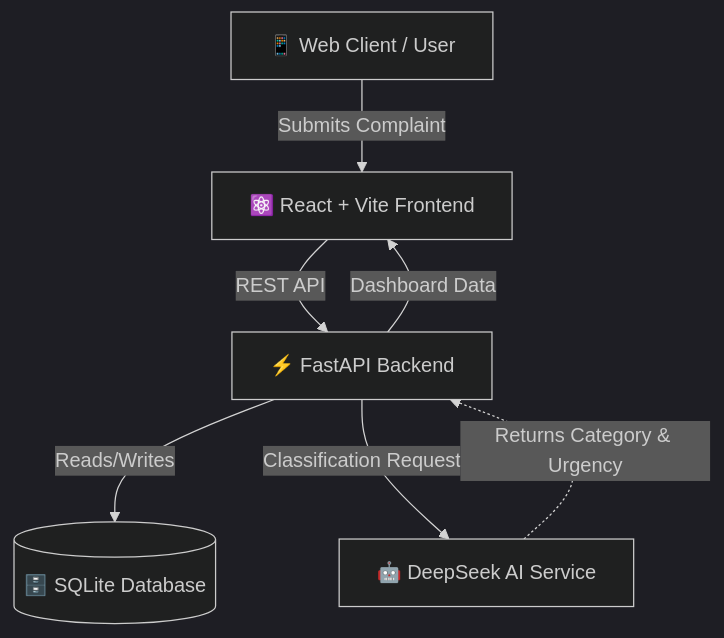
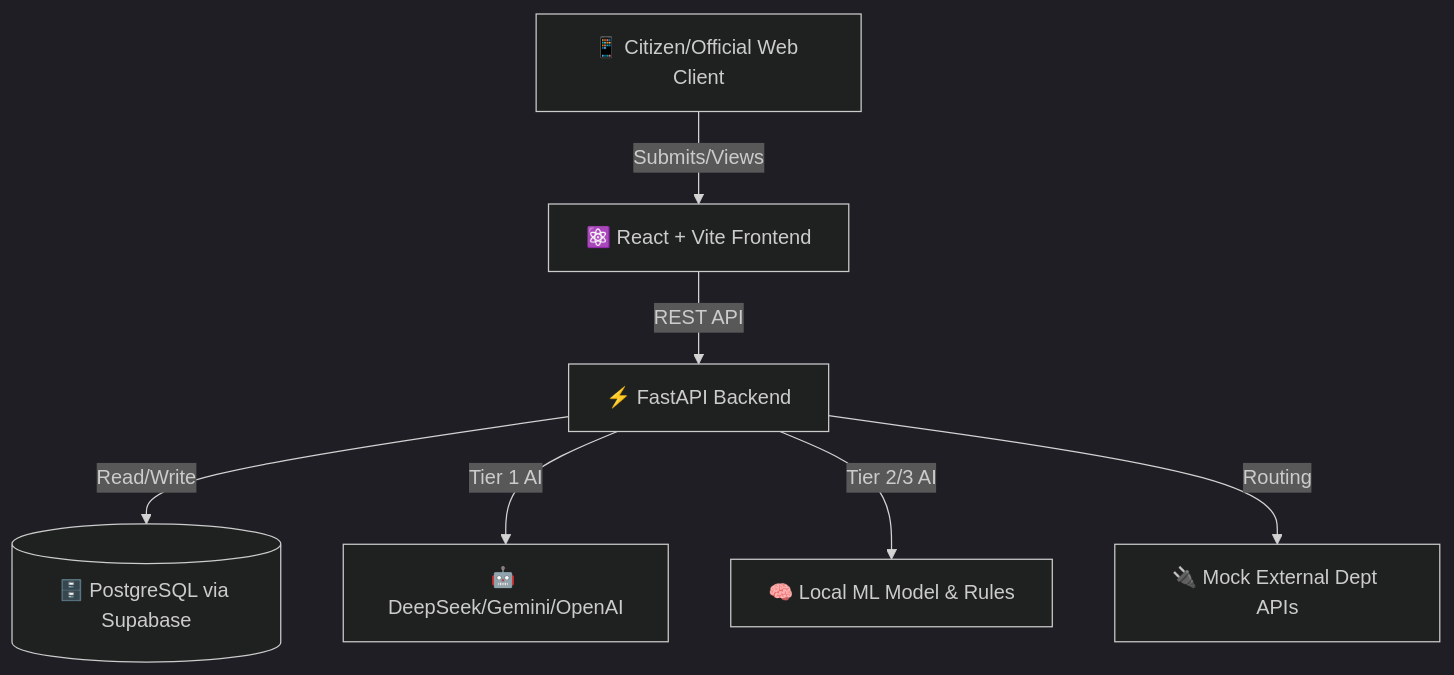
One commit to DAREDEVIL-OF-NEXUS/CIVICLENS-AI changed the first of 2 diagrams in README.md. Above: the diagram before and after it, drawn with Mermaid (dark theme). The commit also changed other lines of this file and 3 other files, not shown here.

Commit message:
docs: Rewrite architecture, README, and TODO to reflect actual implementation

````diff
--- a/README.md
+++ b/README.md
@@ -23,9 +29,9 @@
 ```mermaid
 graph TD
-    Client[📱 Web Client / User] --> |Submits Complaint| Frontend
-    Frontend[⚛️ React + Vite Frontend] --> |REST API| Backend
-    Backend[⚡ FastAPI Backend] --> |Reads/Writes| DB[(🗄️ SQLite Database)]
-    Backend --> |Classification Request| AI[🤖 DeepSeek AI Service]
-    AI -.-> |Returns Category & Urgency| Backend
-    Backend --> |Dashboard Data| Frontend
+    Client[📱 Citizen/Official Web Client] --> |Submits/Views| Frontend[⚛️ React + Vite Frontend]
+    Frontend --> |REST API| Backend[⚡ FastAPI Backend]
+    Backend --> |Read/Write| DB[(🗄️ PostgreSQL via Supabase)]
+    Backend --> |Tier 1 AI| LLM[🤖 DeepSeek/Gemini/OpenAI]
+    Backend --> |Tier 2/3 AI| ML[🧠 Local ML Model & Rules]
+    Backend --> |Routing| External[🔌 Mock External Dept APIs]
 ```
````
